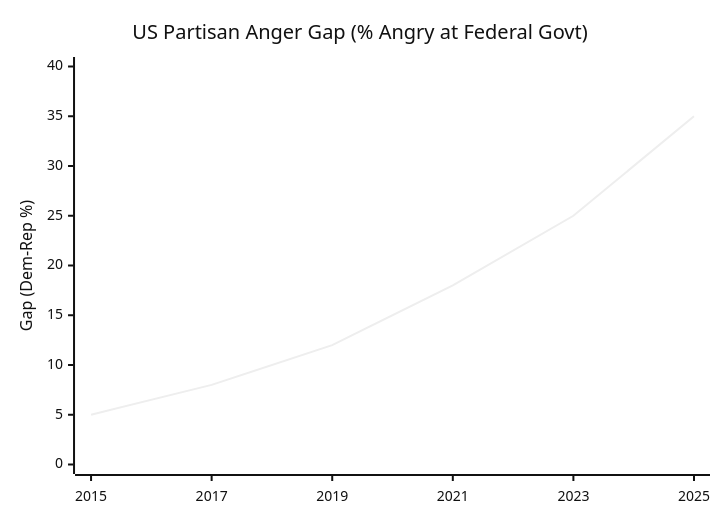
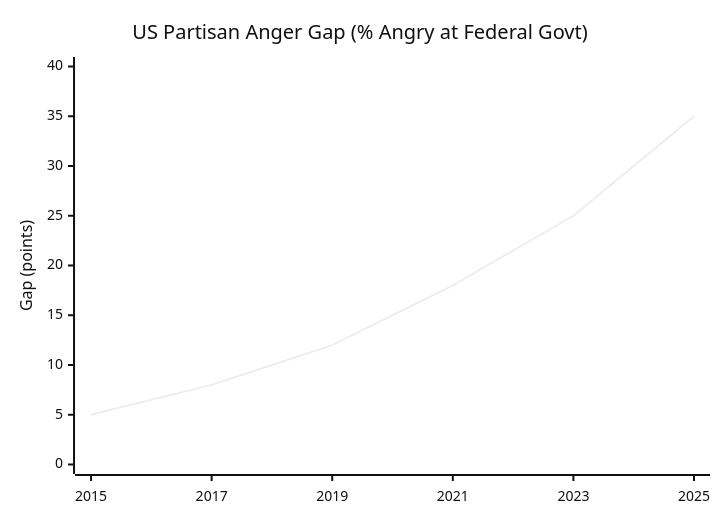
The fifth of 5 diagrams in pilot-2025/society-cohesion.md (pasky/grand-endeavors), drawn with Mermaid (neutral theme) before and after one commit. The commit also changed other lines of this file, not shown here.

````diff
--- a/pilot-2025/society-cohesion.md
+++ b/pilot-2025/society-cohesion.md
@@ -183,7 +205,7 @@
 ```mermaid
 xychart-beta
     title "US Partisan Anger Gap (% Angry at Federal Govt)"
     x-axis [2015, 2017, 2019, 2021, 2023, 2025]
-    y-axis "Gap (Dem-Rep %)" 0 --> 40
+    y-axis "Gap (points)" 0 --> 40
     line [5, 8, 12, 18, 25, 35]
 ```
````
